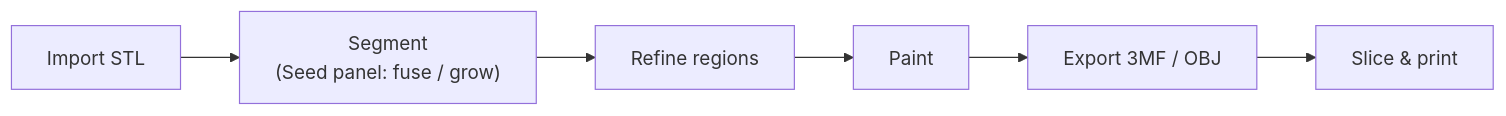
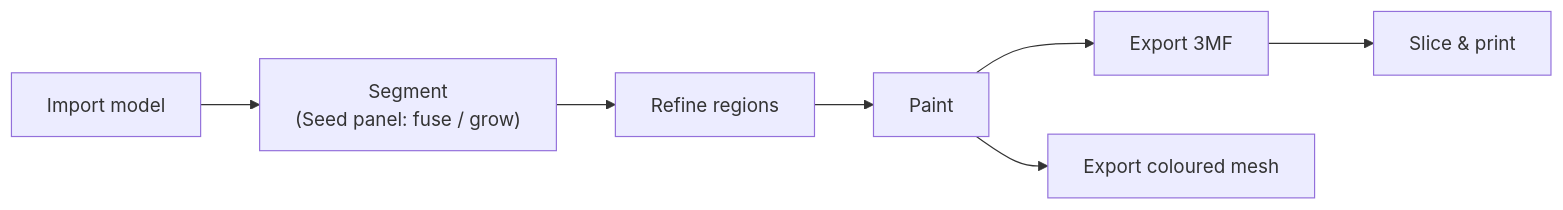
Before and after one commit to ZackaryShen/ColorYourModel: the diagram in docs/bak/user-guide/getting-started.md, drawn with Mermaid. The commit also changed other lines of this file and 38 other files, not shown here.

First line of the commit message:
feat: expand static mesh import and export (#46)

````diff
--- a/docs/bak/user-guide/getting-started.md
+++ b/docs/bak/user-guide/getting-started.md
@@ -33,8 +33,9 @@
 ```mermaid
 flowchart LR
-    A["Import STL"] --> B["Segment<br/>(Seed panel: fuse / grow)"]
+    A["Import model"] --> B["Segment<br/>(Seed panel: fuse / grow)"]
     B --> C["Refine regions"]
     C --> D["Paint"]
-    D --> E["Export 3MF / OBJ"]
+    D --> E["Export 3MF"]
+    D --> G["Export coloured mesh"]
     E --> F["Slice & print"]
 ```
````
